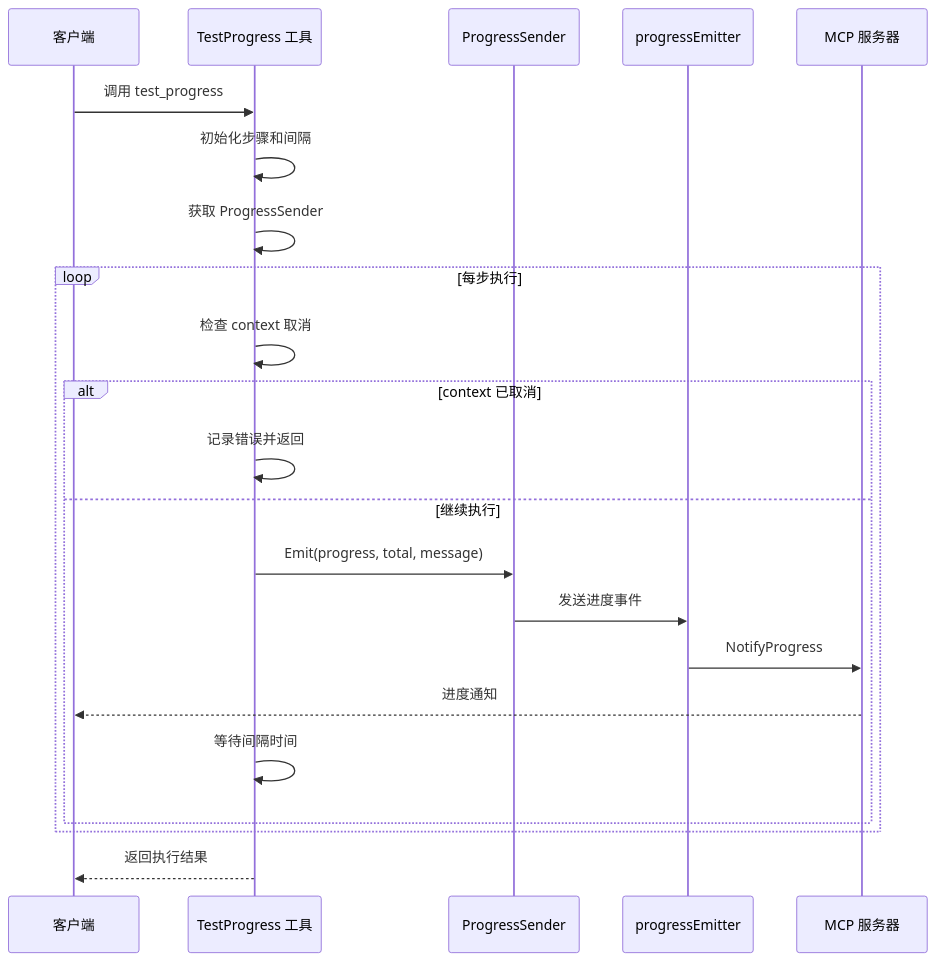
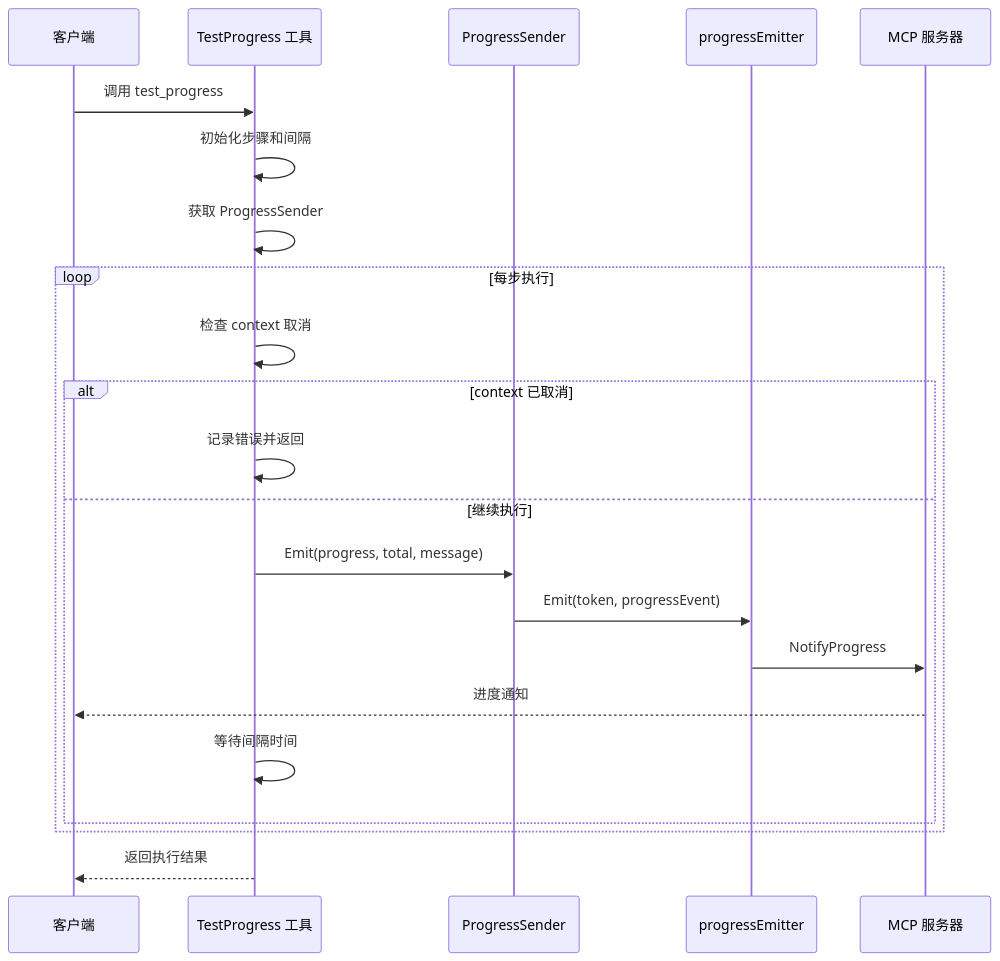
One commit to maomao94/zero-service changed the eighth of 19 diagrams in .qoder/repowiki/zh/content/Mcpx Client Package.md. Above: the diagram before and after it, drawn with Mermaid. The commit also changed other lines of this file and 58 other files, not shown here.

````diff
--- a/.qoder/repowiki/zh/content/Mcpx Client Package.md
+++ b/.qoder/repowiki/zh/content/Mcpx Client Package.md
@@ -458,24 +458,24 @@
 ```mermaid
 sequenceDiagram
 participant Client as 客户端
 participant TestTool as TestProgress 工具
 participant Sender as ProgressSender
 participant Emitter as progressEmitter
 participant Server as MCP 服务器
 Client->>TestTool : 调用 test_progress
 TestTool->>TestTool : 初始化步骤和间隔
 TestTool->>TestTool : 获取 ProgressSender
 loop 每步执行
 TestTool->>TestTool : 检查 context 取消
 alt context 已取消
 TestTool->>TestTool : 记录错误并返回
 else 继续执行
 TestTool->>Sender : Emit(progress, total, message)
-Sender->>Emitter : 发送进度事件
+Sender->>Emitter : Emit(token, progressEvent)
 Emitter->>Server : NotifyProgress
 Server-->>Client : 进度通知
 TestTool->>TestTool : 等待间隔时间
 end
 end
 TestTool-->>Client : 返回执行结果
 ```
````
